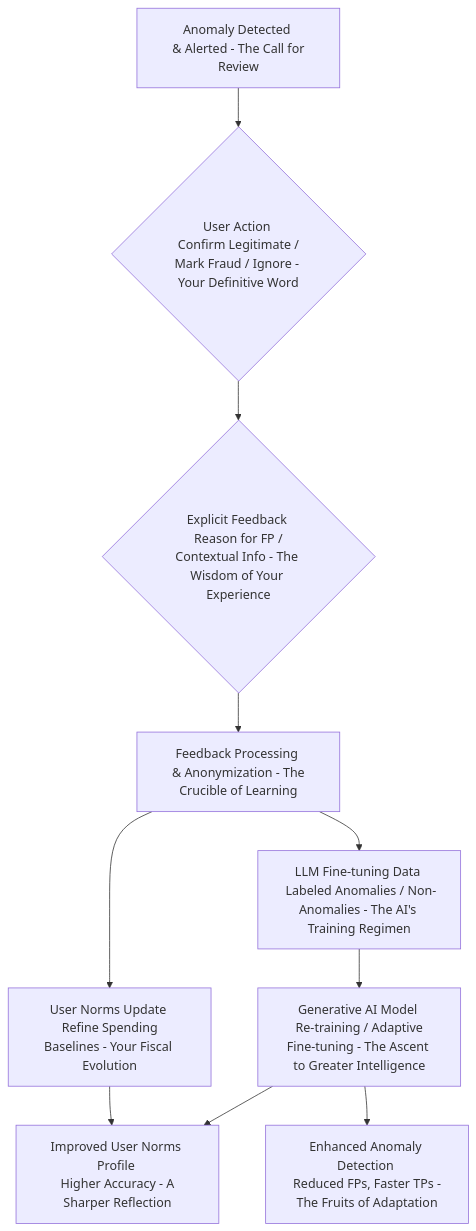
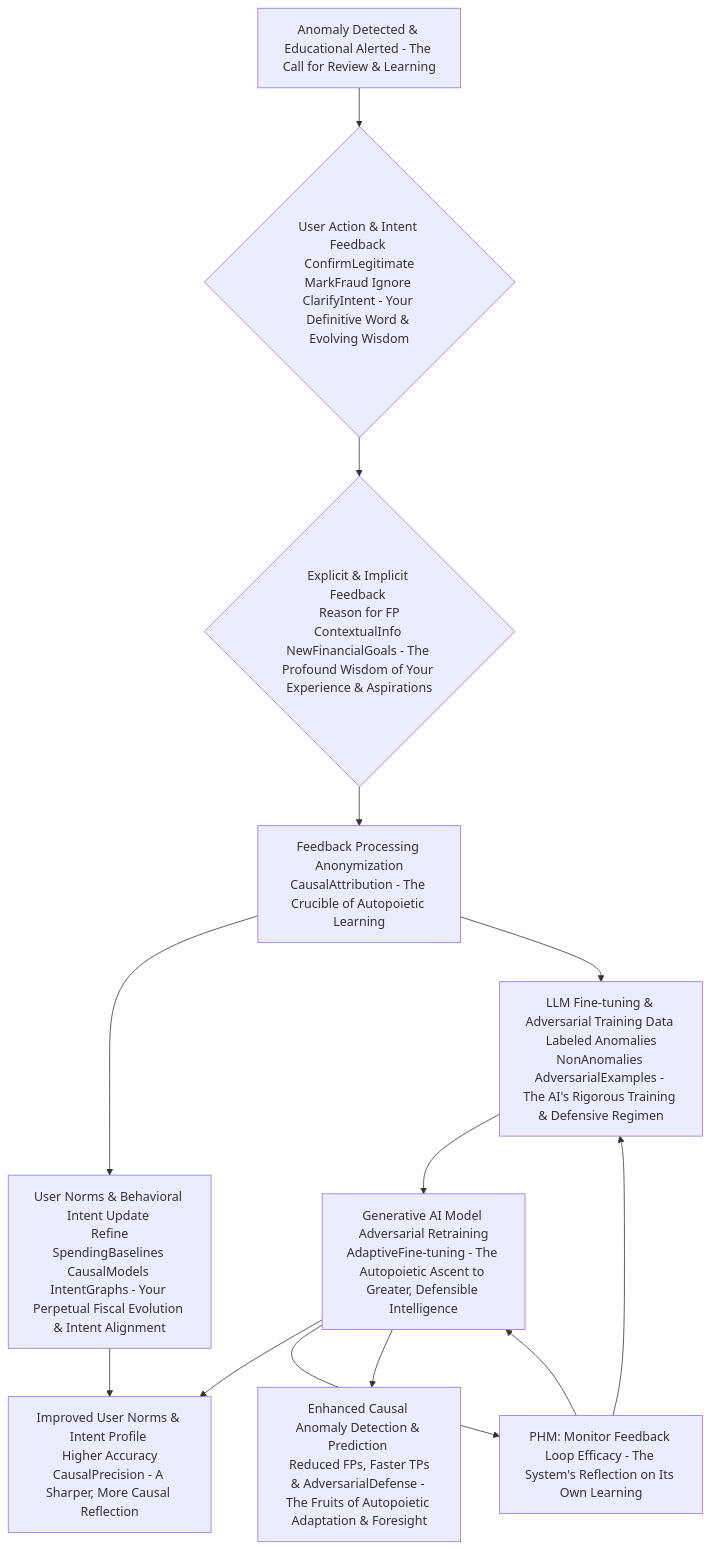
Diagram 11 of 11 in inventions/inventions/006_ai_subscription_detection/009_ai_financial_anomaly_detection.md (diplomat-bit/Citibank_Demo_Business_Inc_Demonstration-), drawn with Mermaid before and after one commit. The commit also changed other lines of this file, not shown here.

Commit message:
[AI] Edit: inventions/inventions/006_ai_subscription_detection/009_ai_financial_anomaly_detection.md

````diff
--- a/inventions/inventions/006_ai_subscription_detection/009_ai_financial_anomaly_detection.md
+++ b/inventions/inventions/006_ai_subscription_detection/009_ai_financial_anomaly_detection.md
@@ -344,12 +388,15 @@
 ```mermaid
 graph TD
-    A[Anomaly Detected <br/> & Alerted - The Call for Review] --> B{User Action <br/> Confirm Legitimate / Mark Fraud / Ignore - Your Definitive Word}
-    B --> C{Explicit Feedback <br/> Reason for FP / Contextual Info - The Wisdom of Your Experience}
-    C --> D[Feedback Processing <br/> & Anonymization - The Crucible of Learning]
-    D --> E[User Norms Update <br/> Refine Spending Baselines - Your Fiscal Evolution]
-    D --> F[LLM Fine-tuning Data <br/> Labeled Anomalies / Non-Anomalies - The AI's Training Regimen]
-    E --> G[Improved User Norms Profile <br/> Higher Accuracy - A Sharper Reflection]
-    F --> H[Generative AI Model <br/> Re-training / Adaptive Fine-tuning - The Ascent to Greater Intelligence]
+    A[Anomaly Detected & Educational Alerted - The Call for Review & Learning] --> B{User Action & Intent Feedback <br/> ConfirmLegitimate MarkFraud Ignore ClarifyIntent - Your Definitive Word & Evolving Wisdom}
+    B --> C{Explicit & Implicit Feedback <br/> Reason for FP ContextualInfo NewFinancialGoals - The Profound Wisdom of Your Experience & Aspirations}
+    C --> D[Feedback Processing <br/> Anonymization CausalAttribution - The Crucible of Autopoietic Learning]
+    D --> E[User Norms & Behavioral Intent Update <br/> Refine SpendingBaselines CausalModels IntentGraphs - Your Perpetual Fiscal Evolution & Intent Alignment]
+    D --> F[LLM Fine-tuning & Adversarial Training Data <br/> Labeled Anomalies NonAnomalies AdversarialExamples - The AI's Rigorous Training & Defensive Regimen]
+    E --> G[Improved User Norms & Intent Profile <br/> Higher Accuracy CausalPrecision - A Sharper, More Causal Reflection]
+    F --> H[Generative AI Model <br/> Adversarial Retraining AdaptiveFine-tuning - The Autopoietic Ascent to Greater, Defensible Intelligence]
     H --> G
-    H --> I[Enhanced Anomaly Detection <br/> Reduced FPs, Faster TPs - The Fruits of Adaptation]
+    H --> I[PHM: Monitor Feedback Loop Efficacy - The System's Reflection on Its Own Learning]
+    I --> F
+    I --> H
+    H --> J[Enhanced Causal Anomaly Detection & Prediction <br/> Reduced FPs, Faster TPs & AdversarialDefense - The Fruits of Autopoietic Adaptation & Foresight]
 ```
````
